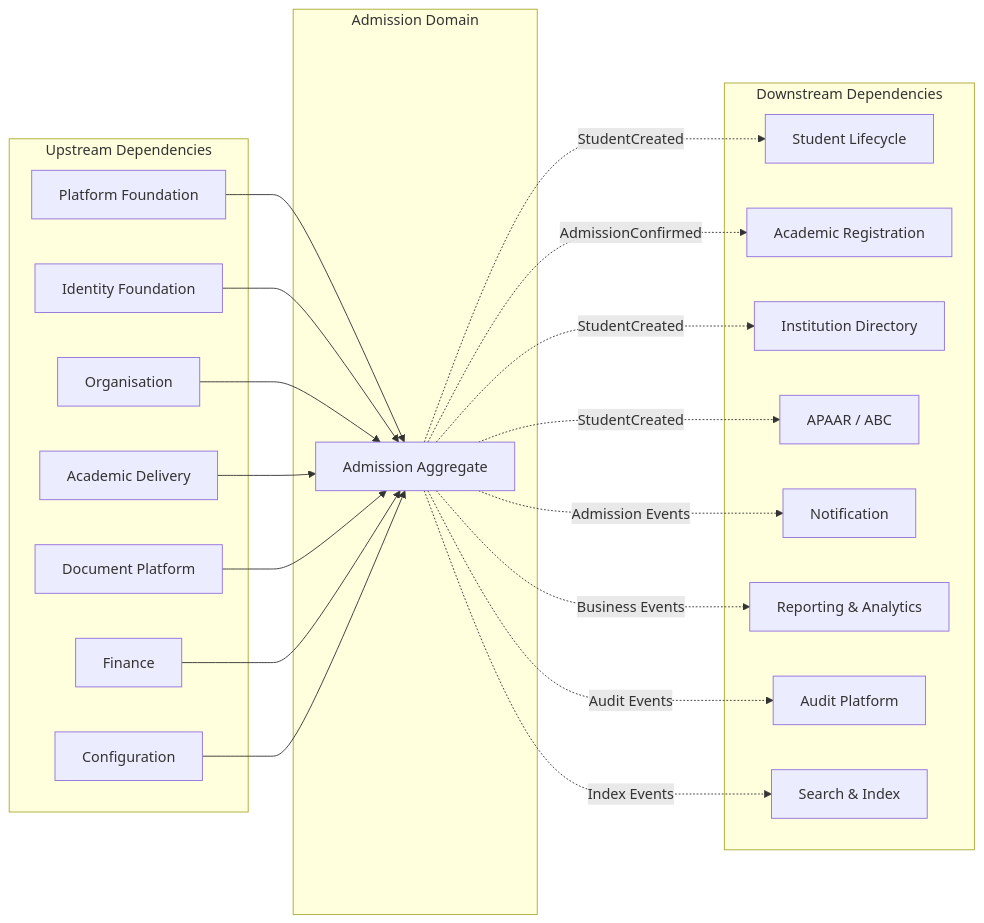
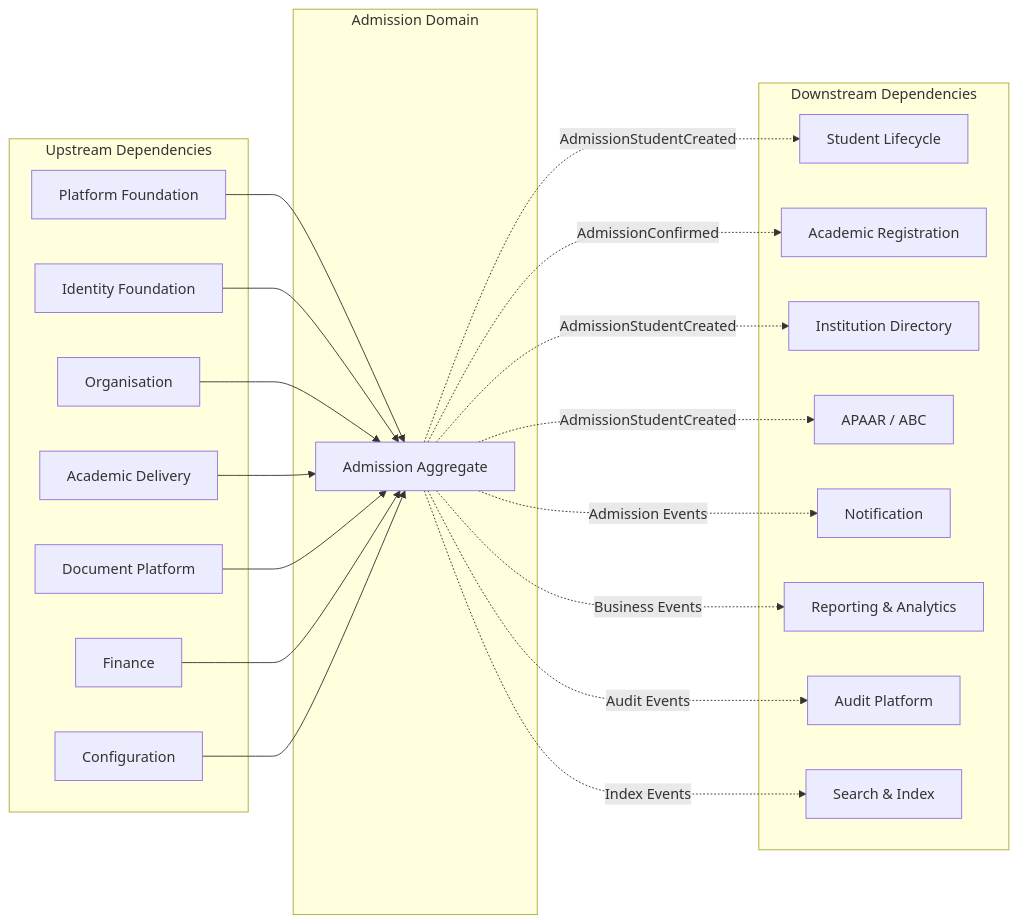
Before and after one commit to Varad1604/ERP_hark: diagram 20 of 24 in architecture/L2_Domain_Workflow_Architecture/section-c/L2-C01_Admissions_Workflows.md, drawn with Mermaid. The commit also changed other lines of this file and 32 other files, not shown here.

```diff
--- a/architecture/L2_Domain_Workflow_Architecture/section-c/L2-C01_Admissions_Workflows.md
+++ b/architecture/L2_Domain_Workflow_Architecture/section-c/L2-C01_Admissions_Workflows.md
@@ -8496,13 +8496,13 @@
 %% Event-Based Dependencies
 %% ==========================================================
 
-ADM1 -. StudentCreated .-> STU
+ADM1 -. AdmissionStudentCreated .-> STU
 
 ADM1 -. AdmissionConfirmed .-> REG
 
-ADM1 -. StudentCreated .-> DIR
+ADM1 -. AdmissionStudentCreated .-> DIR
 
-ADM1 -. StudentCreated .-> ABC
+ADM1 -. AdmissionStudentCreated .-> ABC
 
 ADM1 -. Admission Events .-> NOTIFY
 
```
